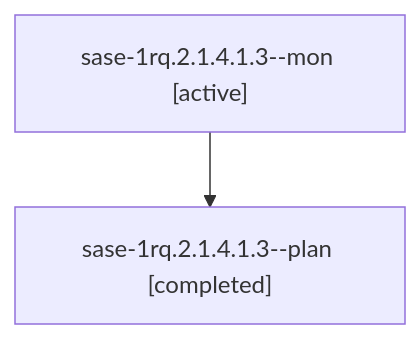
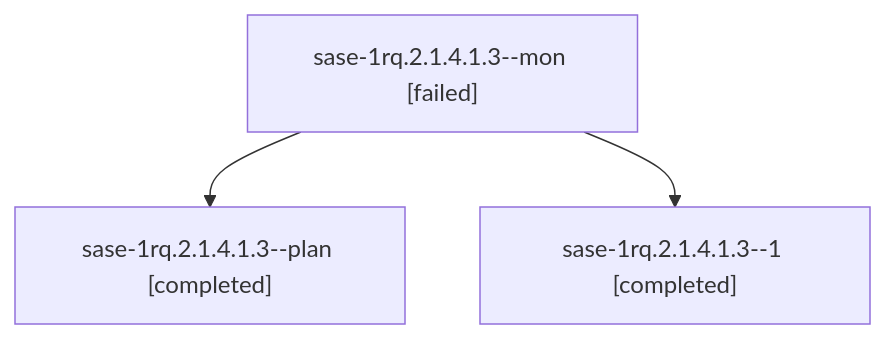
Before and after one commit to sase-org/sase--agents: the diagram in sessions/bbugyi200.athena.sase-1rq.2.1.4.1.3.md, drawn with Mermaid. The commit also changed other lines of this file and 138 other files, not shown here.

````diff
--- a/sessions/bbugyi200.athena.sase-1rq.2.1.4.1.3.md
+++ b/sessions/bbugyi200.athena.sase-1rq.2.1.4.1.3.md
@@ -9,6 +9,8 @@
 ```mermaid
 flowchart TD
-  n0["sase-1rq.2.1.4.1.3--mon [active]"]
+  n0["sase-1rq.2.1.4.1.3--mon [failed]"]
   n1["sase-1rq.2.1.4.1.3--plan [completed]"]
   n0 --> n1
+  n2["sase-1rq.2.1.4.1.3--1 [completed]"]
+  n0 --> n2
 ```
````
